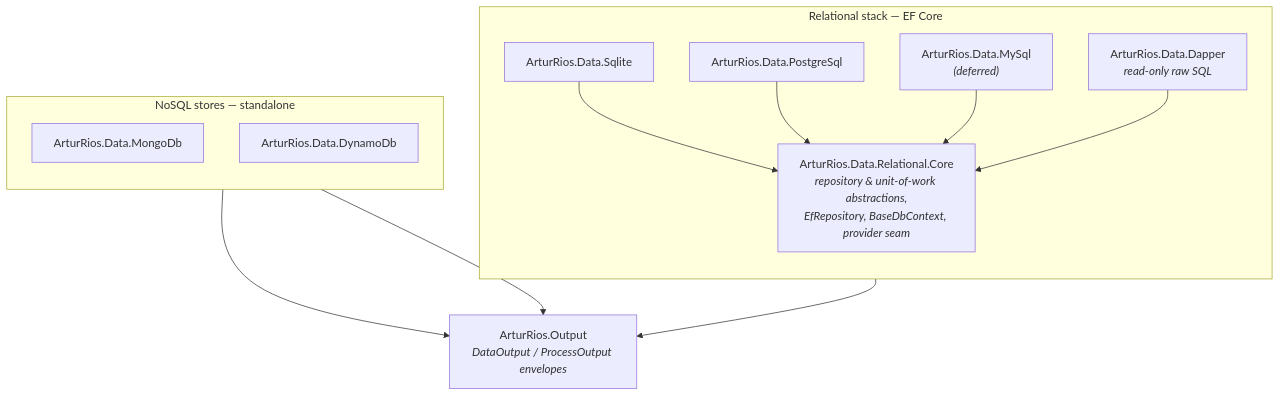
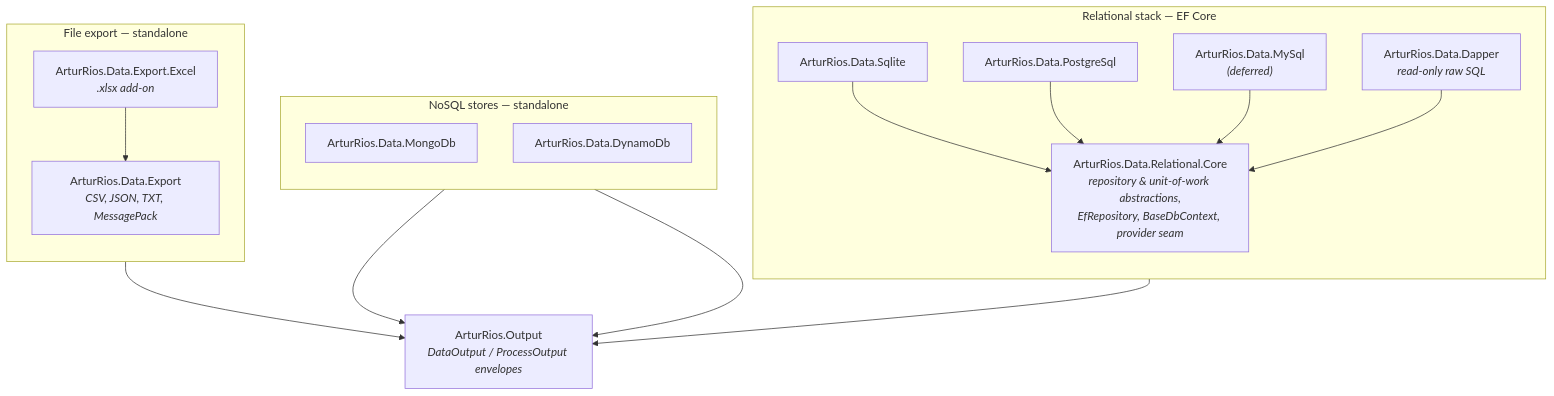
Before and after one commit to artur-rios/dotnet-data: the first of 3 diagrams in README.md, drawn with Mermaid. The commit also changed other lines of this file and 27 other files, not shown here.

````diff
--- a/README.md
+++ b/README.md
@@ -31,27 +34,35 @@
 ```mermaid
 flowchart TB
     Output["ArturRios.Output<br/><i>DataOutput / ProcessOutput envelopes</i>"]
 
     subgraph Relational["Relational stack — EF Core"]
         direction TB
         Core["ArturRios.Data.Relational.Core<br/><i>repository &amp; unit-of-work abstractions,<br/>EfRepository, BaseDbContext, provider seam</i>"]
         Sqlite["ArturRios.Data.Sqlite"]
         Postgres["ArturRios.Data.PostgreSql"]
         MySql["ArturRios.Data.MySql<br/><i>(deferred)</i>"]
         Dapper["ArturRios.Data.Dapper<br/><i>read-only raw SQL</i>"]
     end
 
     subgraph NoSQL["NoSQL stores — standalone"]
         direction TB
         Mongo["ArturRios.Data.MongoDb"]
         Dynamo["ArturRios.Data.DynamoDb"]
     end
 
+    subgraph Export["File export — standalone"]
+        direction TB
+        ExportCore["ArturRios.Data.Export<br/><i>CSV, JSON, TXT, MessagePack</i>"]
+        ExportExcel["ArturRios.Data.Export.Excel<br/><i>.xlsx add-on</i>"]
+    end
+
     Sqlite --> Core
     Postgres --> Core
     MySql --> Core
     Dapper --> Core
     Core --> Output
     Mongo --> Output
     Dynamo --> Output
+    ExportExcel --> ExportCore
+    ExportCore --> Output
 ```
````
